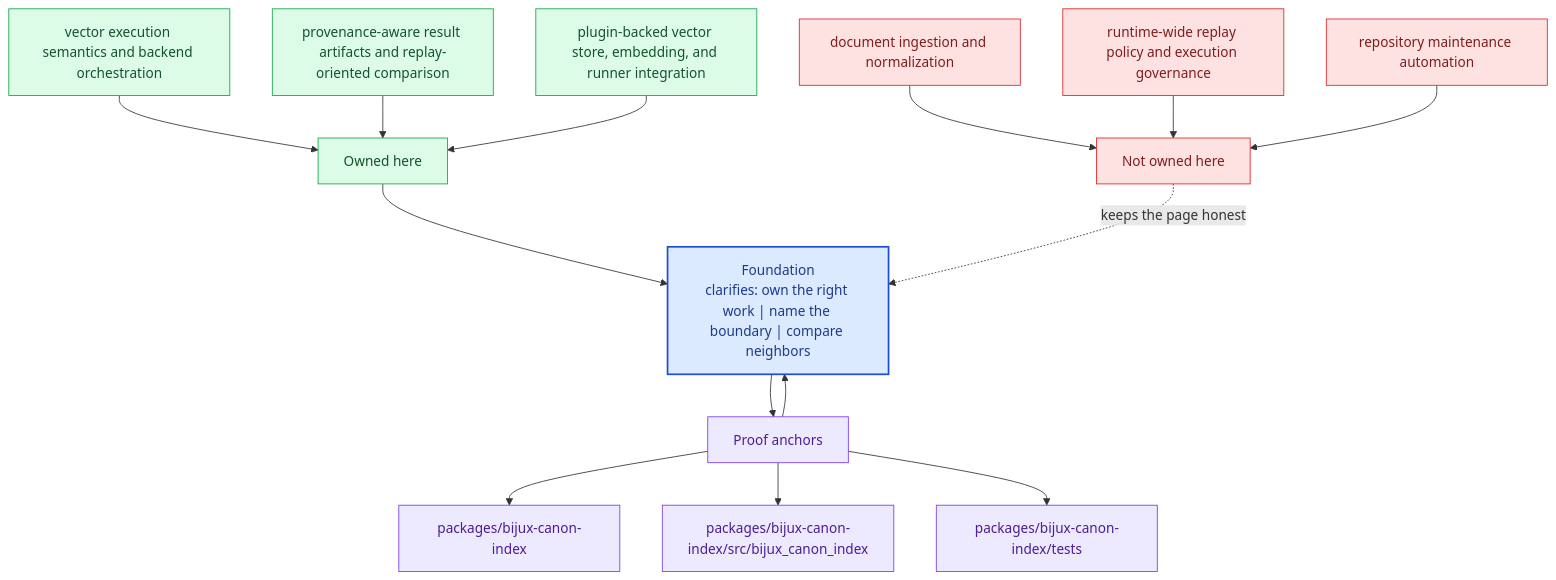
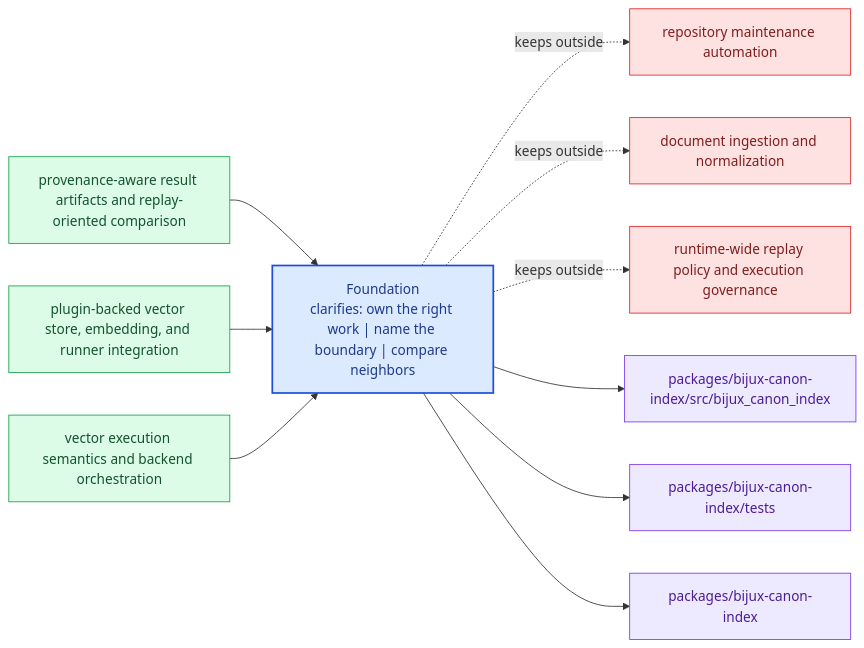
One commit to bijux/bijux-canon changed the diagram in docs/bijux-canon-index/foundation/index.md. Above: the diagram before and after it, drawn with Mermaid. The commit also changed other lines of this file and 281 other files, not shown here.

Commit message:
docs(diagrams): replace repeated mermaid scaffolds with page-specific summaries

````diff
--- a/docs/bijux-canon-index/foundation/index.md
+++ b/docs/bijux-canon-index/foundation/index.md
@@ -65,40 +20,31 @@
 ```mermaid
-flowchart TB
-    promise["Foundation<br/>clarifies: own the right work | name the boundary | compare neighbors"]
-    classDef promise fill:#dbeafe,stroke:#1d4ed8,color:#1e3a8a,stroke-width:2px;
-    classDef driver fill:#dcfce7,stroke:#16a34a,color:#14532d;
-    classDef constraint fill:#fee2e2,stroke:#dc2626,color:#7f1d1d;
-    classDef ground fill:#ede9fe,stroke:#7c3aed,color:#4c1d95;
-    focus1["Owned here"]
-    focus1 --> promise
-    focus1_1["vector execution semantics and backend orchestration"]
-    focus1_1 --> focus1
-    focus1_2["provenance-aware result artifacts and replay-oriented comparison"]
-    focus1_2 --> focus1
-    focus1_3["plugin-backed vector store, embedding, and runner integration"]
-    focus1_3 --> focus1
-    class focus1 driver;
-    class focus1_1,focus1_2,focus1_3 driver;
-    focus2["Not owned here"]
-    focus2 -.keeps the page honest.-> promise
-    focus2_1["document ingestion and normalization"]
-    focus2_1 --> focus2
-    focus2_2["runtime-wide replay policy and execution governance"]
-    focus2_2 --> focus2
-    focus2_3["repository maintenance automation"]
-    focus2_3 --> focus2
-    class focus2 constraint;
-    class focus2_1,focus2_2,focus2_3 constraint;
-    focus3["Proof anchors"]
-    focus3 --> promise
-    promise --> focus3
-    focus3_1["packages/bijux-canon-index"]
-    focus3 --> focus3_1
-    focus3_2["packages/bijux-canon-index/src/bijux_canon_index"]
-    focus3 --> focus3_2
-    focus3_3["packages/bijux-canon-index/tests"]
-    focus3 --> focus3_3
-    class focus3 ground;
-    class focus3_1,focus3_2,focus3_3 ground;
-    class promise promise;
+flowchart LR
+    page["Foundation<br/>clarifies: own the right work | name the boundary | compare neighbors"]
+    classDef page fill:#dbeafe,stroke:#1d4ed8,color:#1e3a8a,stroke-width:2px;
+    classDef positive fill:#dcfce7,stroke:#16a34a,color:#14532d;
+    classDef caution fill:#fee2e2,stroke:#dc2626,color:#7f1d1d;
+    classDef anchor fill:#ede9fe,stroke:#7c3aed,color:#4c1d95;
+    classDef action fill:#fef3c7,stroke:#d97706,color:#7c2d12;
+    own1["provenance-aware result artifacts and replay-oriented comparison"]
+    own1 --> page
+    own2["plugin-backed vector store, embedding, and runner integration"]
+    own2 --> page
+    own3["vector execution semantics and backend orchestration"]
+    own3 --> page
+    limit1["repository maintenance automation"]
+    page -.keeps outside.-> limit1
+    limit2["document ingestion and normalization"]
+    page -.keeps outside.-> limit2
+    limit3["runtime-wide replay policy and execution governance"]
+    page -.keeps outside.-> limit3
+    anchor1["packages/bijux-canon-index/src/bijux_canon_index"]
+    page --> anchor1
+    anchor2["packages/bijux-canon-index/tests"]
+    page --> anchor2
+    anchor3["packages/bijux-canon-index"]
+    page --> anchor3
+    class page page;
+    class own1,own2,own3 positive;
+    class limit1,limit2,limit3 caution;
+    class anchor1,anchor2,anchor3 anchor;
 ```
````
